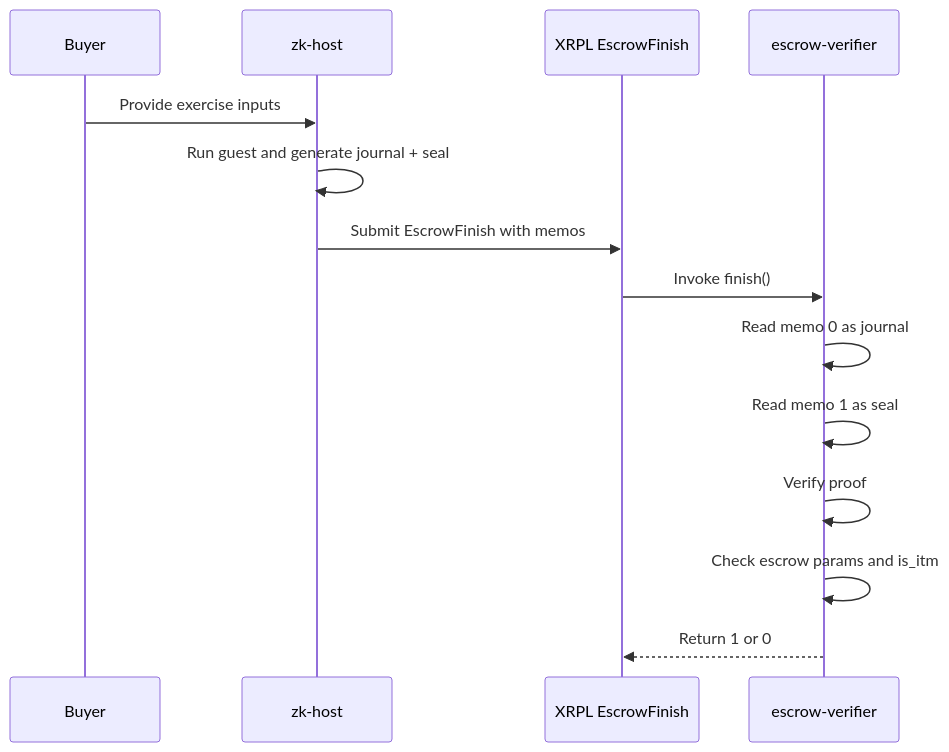
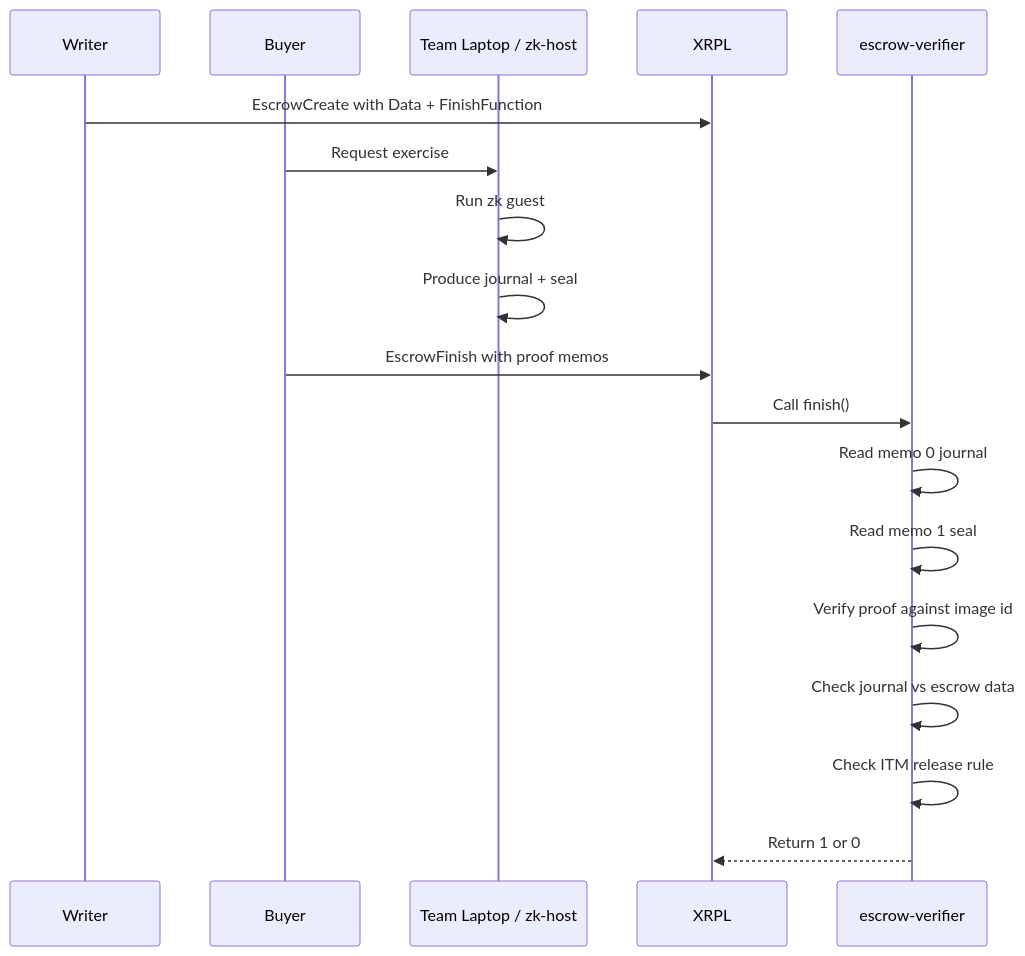
The second of 2 diagrams in contracts/README.md (PBW-xrp/monorepo_hacktheblock), drawn with Mermaid before and after one commit. The commit also changed other lines of this file, not shown here.

Commit message:
document contracts flow

````diff
--- a/contracts/README.md
+++ b/contracts/README.md
@@ -65,17 +110,21 @@
 ```mermaid
 sequenceDiagram
+    participant Writer
     participant Buyer
-    participant Host as zk-host
-    participant XRPL as XRPL EscrowFinish
+    participant Host as Team Laptop / zk-host
+    participant XRPL
     participant Verifier as escrow-verifier
 
-    Buyer->>Host: Provide exercise inputs
-    Host->>Host: Run guest and generate journal + seal
-    Host->>XRPL: Submit EscrowFinish with memos
-    XRPL->>Verifier: Invoke finish()
-    Verifier->>Verifier: Read memo 0 as journal
-    Verifier->>Verifier: Read memo 1 as seal
-    Verifier->>Verifier: Verify proof
-    Verifier->>Verifier: Check escrow params and is_itm
+    Writer->>XRPL: EscrowCreate with Data + FinishFunction
+    Buyer->>Host: Request exercise
+    Host->>Host: Run zk guest
+    Host->>Host: Produce journal + seal
+    Buyer->>XRPL: EscrowFinish with proof memos
+    XRPL->>Verifier: Call finish()
+    Verifier->>Verifier: Read memo 0 journal
+    Verifier->>Verifier: Read memo 1 seal
+    Verifier->>Verifier: Verify proof against image id
+    Verifier->>Verifier: Check journal vs escrow data
+    Verifier->>Verifier: Check ITM release rule
     Verifier-->>XRPL: Return 1 or 0
 ```
````
